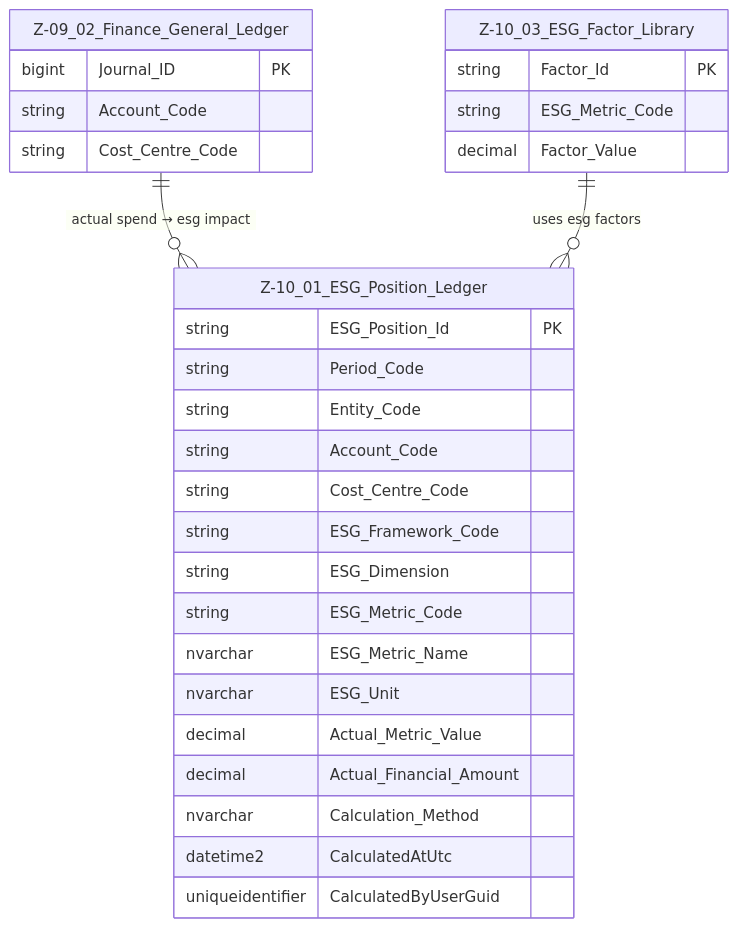
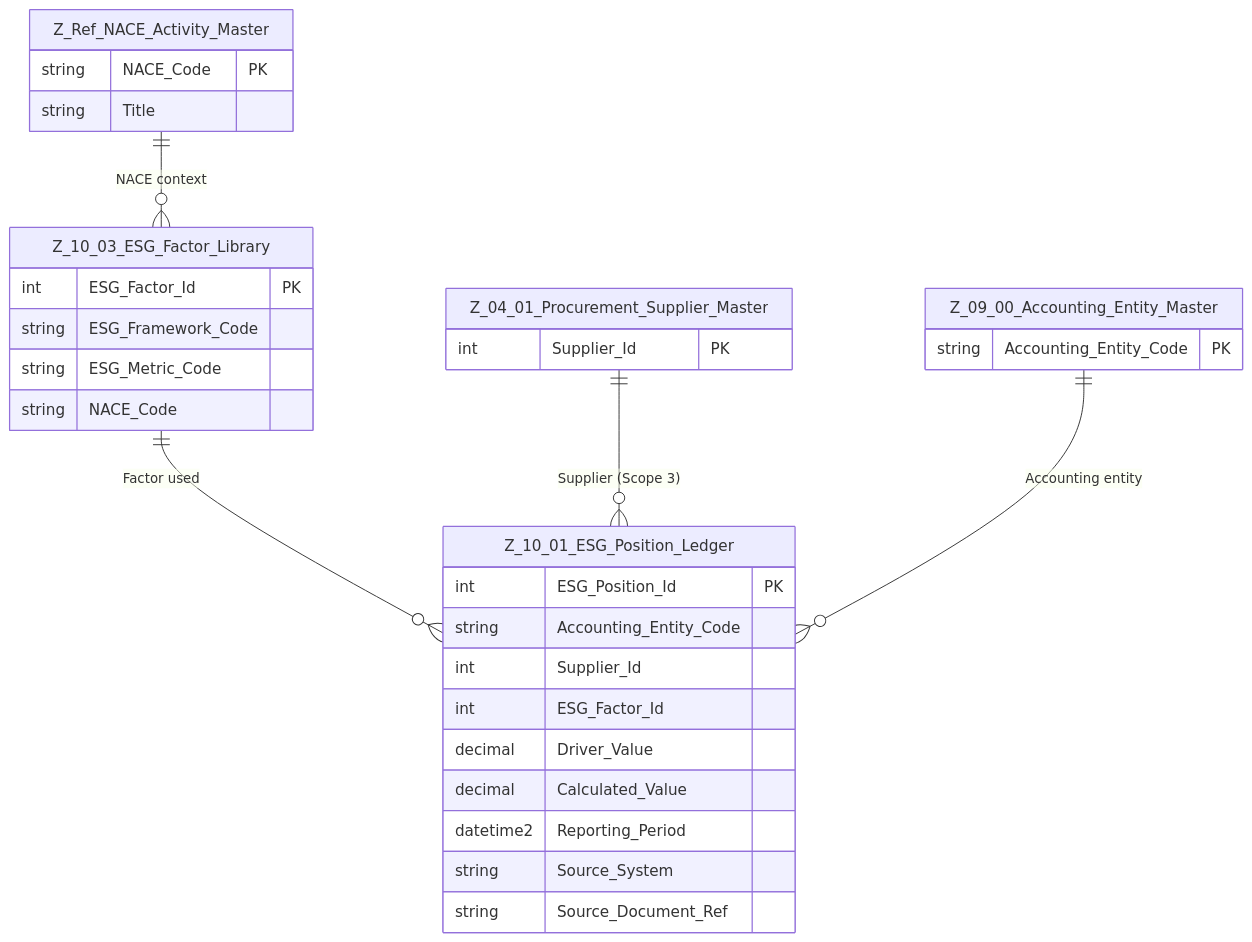
One commit to NeilWP/SUSTINA_CAB changed the diagram in 100 DATA MODELLING/Z- Data Entites/ESG Domain/Z-10.01 ESG Position Ledger (Actual ESG Impact).md. Above: the diagram before and after it, drawn with Mermaid. The commit also changed other lines of this file and 2 other files, not shown here.

Commit message:
Updating refinements to ESG  Domain

````diff
--- a/100 DATA MODELLING/Z- Data Entites/ESG Domain/Z-10.01 ESG Position Ledger (Actual ESG Impact).md
+++ b/100 DATA MODELLING/Z- Data Entites/ESG Domain/Z-10.01 ESG Position Ledger (Actual ESG Impact).md
@@ -48,35 +50,41 @@
 ```mermaid
 erDiagram
-    Z-10_01_ESG_Position_Ledger {
-        string ESG_Position_Id PK
-        string Period_Code
-        string Entity_Code
-        string Account_Code
-        string Cost_Centre_Code
-        string ESG_Framework_Code
-        string ESG_Dimension
-        string ESG_Metric_Code
-        nvarchar ESG_Metric_Name
-        nvarchar ESG_Unit
-        decimal Actual_Metric_Value
-        decimal Actual_Financial_Amount
-        nvarchar Calculation_Method
-        datetime2 CalculatedAtUtc
-        uniqueidentifier CalculatedByUserGuid
+
+    Z_10_01_ESG_Position_Ledger {
+        int ESG_Position_Id PK
+        string Accounting_Entity_Code
+        int Supplier_Id
+        int ESG_Factor_Id
+        decimal Driver_Value
+        decimal Calculated_Value
+        datetime2 Reporting_Period
+        string Source_System
+        string Source_Document_Ref
     }
 
-    Z-09_02_Finance_General_Ledger {
-        bigint Journal_ID PK
-        string Account_Code
-        string Cost_Centre_Code
+    Z_10_03_ESG_Factor_Library {
+        int ESG_Factor_Id PK
+        string ESG_Framework_Code
+        string ESG_Metric_Code
+        string NACE_Code
     }
 
-    Z-10_03_ESG_Factor_Library {
-        string Factor_Id PK
-        string ESG_Metric_Code
-        decimal Factor_Value
+    Z_Ref_NACE_Activity_Master {
+        string NACE_Code PK
+        string Title
     }
 
-    Z-09_02_Finance_General_Ledger ||--o{ Z-10_01_ESG_Position_Ledger : "actual spend → esg impact"
-    Z-10_03_ESG_Factor_Library ||--o{ Z-10_01_ESG_Position_Ledger : "uses esg factors"
+    Z_04_01_Procurement_Supplier_Master {
+        int Supplier_Id PK
+    }
+
+    Z_09_00_Accounting_Entity_Master {
+        string Accounting_Entity_Code PK
+    }
+
+    %% Logical relationships (no physical FKs)
+    Z_10_03_ESG_Factor_Library ||--o{ Z_10_01_ESG_Position_Ledger : "Factor used"
+    Z_Ref_NACE_Activity_Master ||--o{ Z_10_03_ESG_Factor_Library : "NACE context"
+    Z_04_01_Procurement_Supplier_Master ||--o{ Z_10_01_ESG_Position_Ledger : "Supplier (Scope 3)"
+    Z_09_00_Accounting_Entity_Master ||--o{ Z_10_01_ESG_Position_Ledger : "Accounting entity"
 ```
````
